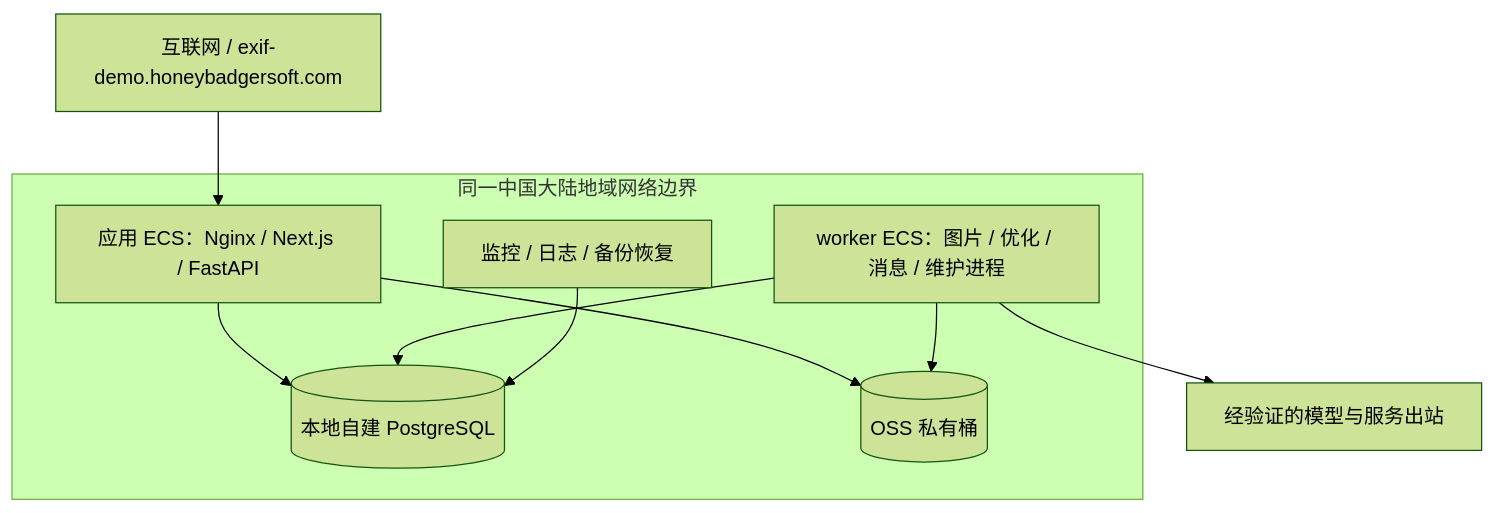
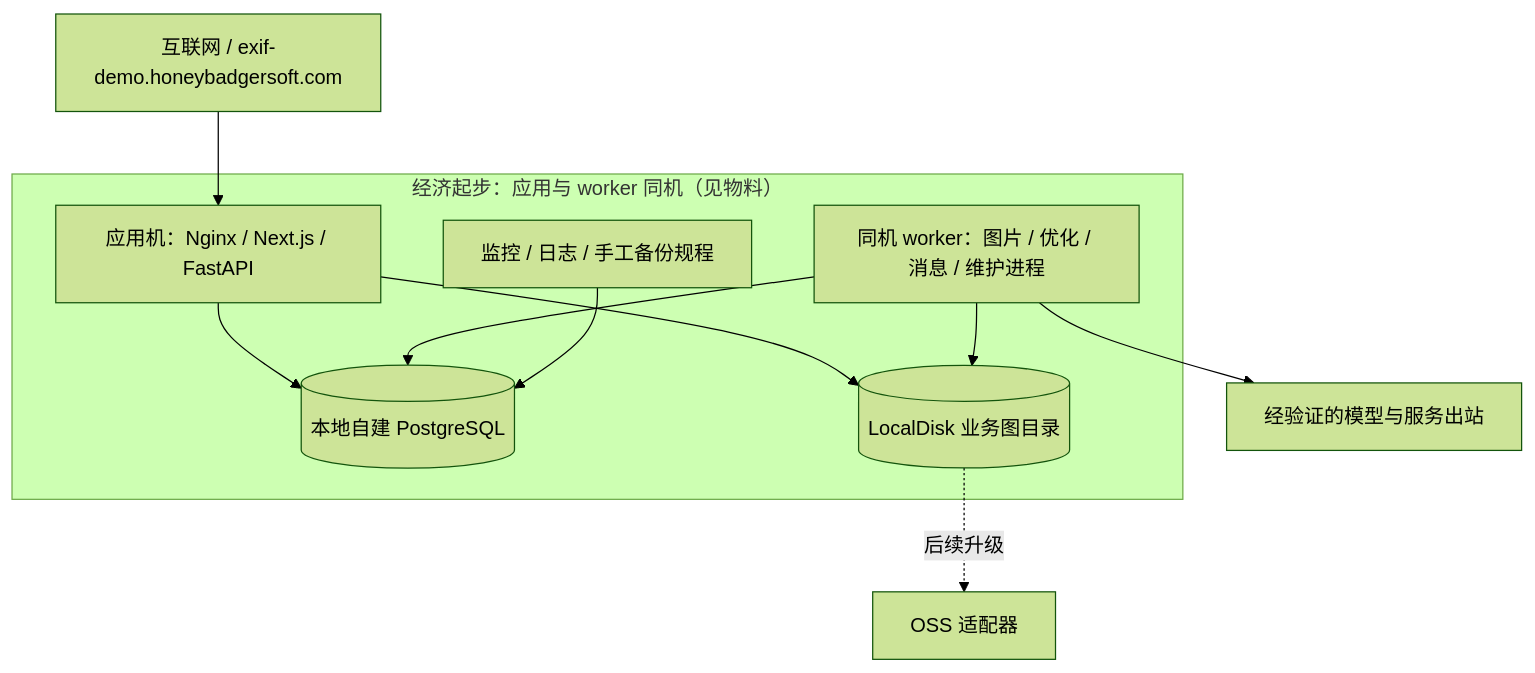
Before and after one commit to nancywrayg57-jpg/mihuanyuantu-v2: the sixth of 6 diagrams in docs/蜜獾原图-v2-项目架构-v1.0.md, drawn with Mermaid (forest theme). The commit also changed other lines of this file and 14 other files, not shown here.

First line of the commit message:
Align first-knife logic architecture after grill-me.

````diff
--- a/docs/蜜獾原图-v2-项目架构-v1.0.md
+++ b/docs/蜜獾原图-v2-项目架构-v1.0.md
@@ -531,12 +538,13 @@
 ```mermaid
 flowchart TB
-  Net["互联网 / exif-demo.honeybadgersoft.com"] --> App["应用 ECS：Nginx / Next.js / FastAPI"]
-  subgraph VPC["同一中国大陆地域网络边界"]
+  Net["互联网 / exif-demo.honeybadgersoft.com"] --> App["应用机：Nginx / Next.js / FastAPI"]
+  subgraph Host["经济起步：应用与 worker 同机（见物料）"]
     App --> DB[("本地自建 PostgreSQL")]
-    Work["worker ECS：图片 / 优化 / 消息 / 维护进程"] --> DB
-    App --> OSS[("OSS 私有桶")]
-    Work --> OSS
-    Monitor["监控 / 日志 / 备份恢复"] --> DB
+    Work["同机 worker：图片 / 优化 / 消息 / 维护进程"] --> DB
+    App --> Disk[("LocalDisk 业务图目录")]
+    Work --> Disk
+    Monitor["监控 / 日志 / 手工备份规程"] --> DB
   end
   Work --> Providers["经验证的模型与服务出站"]
+  Disk -.后续升级.-> OSS["OSS 适配器"]
 ```
````
